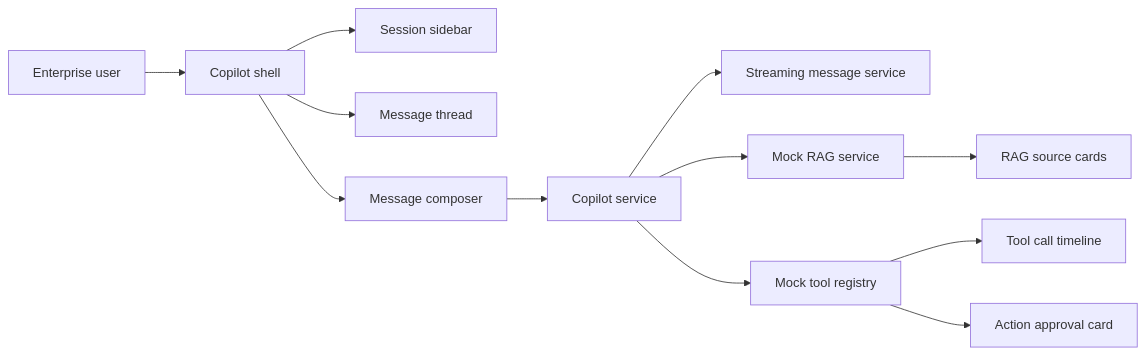
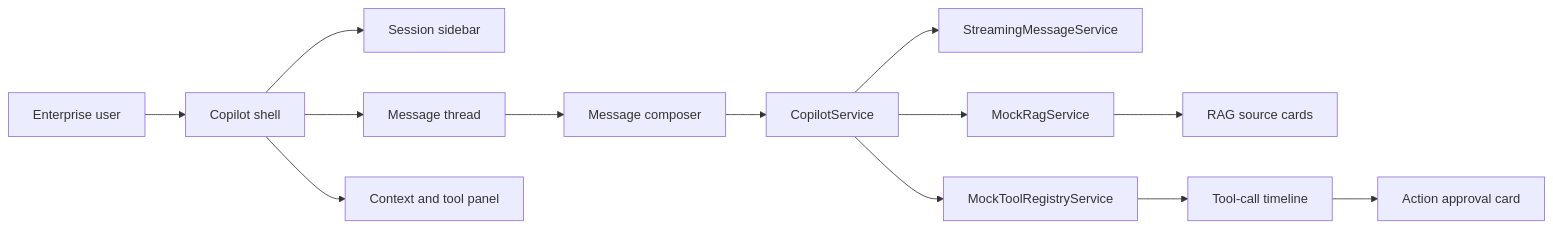
One commit to AnkitParekh007/angular-ai-copilot-starter changed the diagram in README.md. Above: the diagram before and after it, drawn with Mermaid. The commit also changed other lines of this file and 21 other files, not shown here.

````diff
--- a/README.md
+++ b/README.md
@@ -28,14 +32,15 @@
 ```mermaid
 flowchart LR
     User["Enterprise user"] --> Shell["Copilot shell"]
-    Shell --> Session["Session sidebar"]
+    Shell --> Sessions["Session sidebar"]
     Shell --> Thread["Message thread"]
-    Shell --> Composer["Message composer"]
-    Composer --> CopilotService["Copilot service"]
-    CopilotService --> Stream["Streaming message service"]
-    CopilotService --> RAG["Mock RAG service"]
-    CopilotService --> Tools["Mock tool registry"]
-    Tools --> Timeline["Tool call timeline"]
-    RAG --> Sources["RAG source cards"]
-    Tools --> Approval["Action approval card"]
+    Shell --> Context["Context and tool panel"]
+    Thread --> Composer["Message composer"]
+    Composer --> CopilotService["CopilotService"]
+    CopilotService --> Streaming["StreamingMessageService"]
+    CopilotService --> RAG["MockRagService"]
+    CopilotService --> Tools["MockToolRegistryService"]
+    RAG --> SourceCards["RAG source cards"]
+    Tools --> Timeline["Tool-call timeline"]
+    Timeline --> Approval["Action approval card"]
 ```
````
